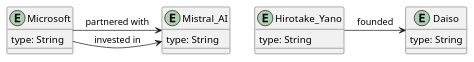
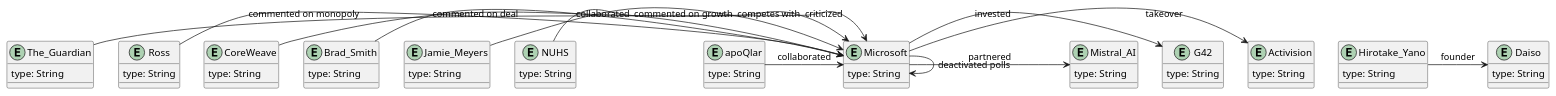
Before and after one commit to zzhengweii/zweckers: the diagram in app/server/ner_diagram/temp.puml, drawn with PlantUML. The commit also changed 7 other files, not shown here.

```diff
--- a/app/server/ner_diagram/temp.puml
+++ b/app/server/ner_diagram/temp.puml
@@ -1,17 +1,53 @@
 @startuml
 entity Microsoft {             
 type: String 
 } 
+entity The_Guardian {             
+type: String 
+} 
+entity Ross {             
+type: String 
+} 
+entity CoreWeave {             
+type: String 
+} 
+entity Brad_Smith {             
+type: String 
+} 
+entity Activision {             
+type: String 
+} 
+entity Jamie_Meyers {             
+type: String 
+} 
+entity G42 {             
+type: String 
+} 
 entity Mistral_AI {             
+type: String 
+} 
+entity NUHS {             
+type: String 
+} 
+entity apoQlar {             
 type: String 
 } 
 entity Hirotake_Yano {             
 type: String 
 } 
 entity Daiso {             
 type: String 
 } 
-Microsoft -> Mistral_AI : invested in
-Microsoft -> Mistral_AI : partnered with
-Hirotake_Yano -> Daiso : founded
+Microsoft -> Microsoft : deactivated polls
+The_Guardian -> Microsoft : criticized
+Ross -> Microsoft : commented on monopoly
+CoreWeave -> Microsoft : competes with
+Brad_Smith -> Microsoft : commented on deal
+Microsoft -> Activision : takeover
+Jamie_Meyers -> Microsoft : commented on growth
+Microsoft -> G42 : invested
+Microsoft -> Mistral_AI : partnered
+NUHS -> Microsoft : collaborated
+apoQlar -> Microsoft : collaborated
+Hirotake_Yano -> Daiso : founder
 @enduml
```
